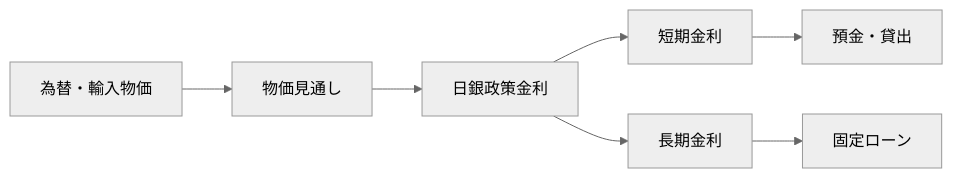
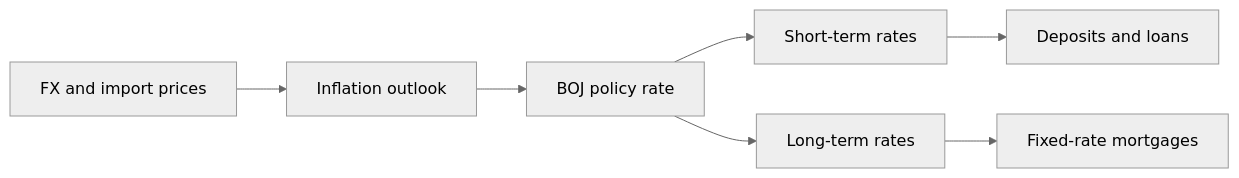
The first of 2 diagrams in content/blog/en/japan-interest-rate-policy.mdx (daylight55/research), drawn with Mermaid (neutral theme) before and after one commit. The commit also changed other lines of this file and 26 other files, not shown here.

Commit message:
Translate English Mermaid labels

````diff
--- a/content/blog/en/japan-interest-rate-policy.mdx
+++ b/content/blog/en/japan-interest-rate-policy.mdx
@@ -28,9 +28,9 @@
 ```mermaid
 flowchart LR
-  BOJ["日銀政策金利"] --> Short["短期金利"]
-  Short --> Loan["預金・貸出"]
-  BOJ --> JGB["長期金利"]
-  JGB --> Fixed["固定ローン"]
-  FX["為替・輸入物価"] --> Inf["物価見通し"]
+  BOJ["BOJ policy rate"] --> Short["Short-term rates"]
+  Short --> Loan["Deposits and loans"]
+  BOJ --> JGB["Long-term rates"]
+  JGB --> Fixed["Fixed-rate mortgages"]
+  FX["FX and import prices"] --> Inf["Inflation outlook"]
   Inf --> BOJ
 ```
````
